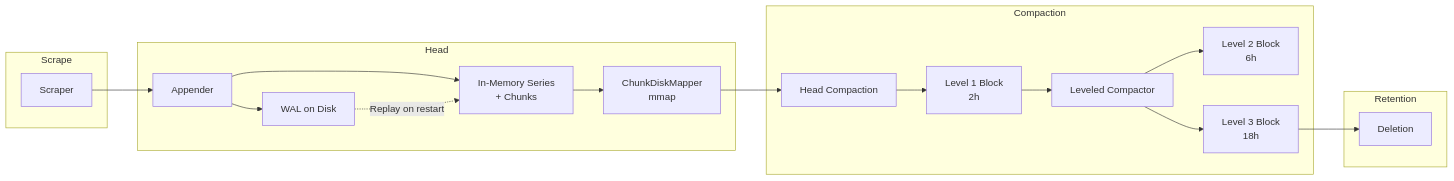
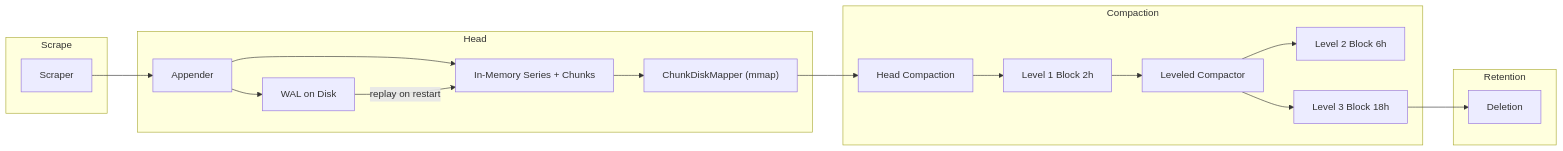
One commit to miyamadoKL/source-code-reading changed the second of 2 diagrams in prometheus/part02-tsdb/05-tsdb-architecture.md. Above: the diagram before and after it, drawn with Mermaid. The commit also changed other lines of this file and 11 other files, not shown here.

````diff
--- a/prometheus/part02-tsdb/05-tsdb-architecture.md
+++ b/prometheus/part02-tsdb/05-tsdb-architecture.md
@@ -105,24 +831,24 @@
 ```mermaid
 flowchart LR
     subgraph Scrape
-        S[Scraper]
+        S["Scraper"]
     end
-    subgraph Head
-        A[Appender] --> WAL[WAL on Disk]
-        A --> I[In-Memory Series<br/>+ Chunks]
-        I --> CDM[ChunkDiskMapper<br/>mmap]
+    subgraph HeadG["Head"]
+        A["Appender"] --> WAL["WAL on Disk"]
+        A --> I["In-Memory Series + Chunks"]
+        I --> CDM["ChunkDiskMapper (mmap)"]
     end
-    subgraph Compaction
-        HC[Head Compaction] --> B1[Level 1 Block<br/>2h]
-        B1 --> LC[Leveled Compactor]
-        LC --> B2[Level 2 Block<br/>6h]
-        LC --> B3[Level 3 Block<br/>18h]
+    subgraph CompactionG["Compaction"]
+        HC["Head Compaction"] --> B1["Level 1 Block 2h"]
+        B1 --> LC["Leveled Compactor"]
+        LC --> B2["Level 2 Block 6h"]
+        LC --> B3["Level 3 Block 18h"]
     end
-    subgraph Retention
-        B3 --> R[Deletion]
+    subgraph RetentionG["Retention"]
+        B3 --> R["Deletion"]
     end
 
     S --> A
-    WAL -.->|Replay on restart| I
+    WAL -->|"replay on restart"| I
     CDM --> HC
 ```
````
